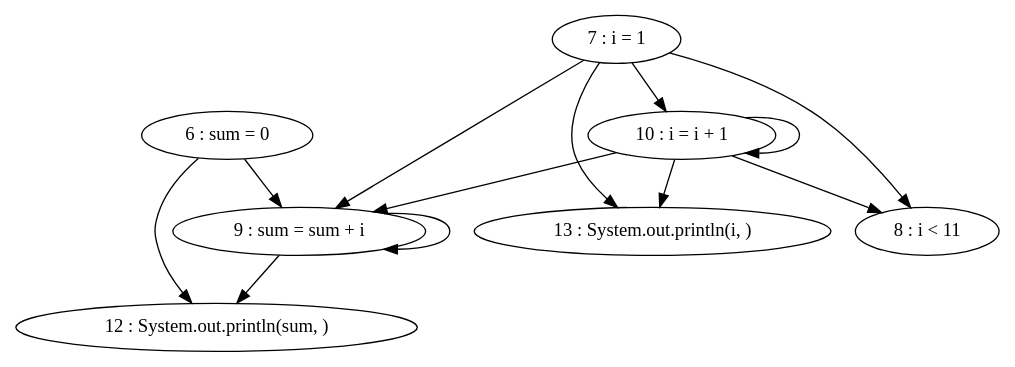
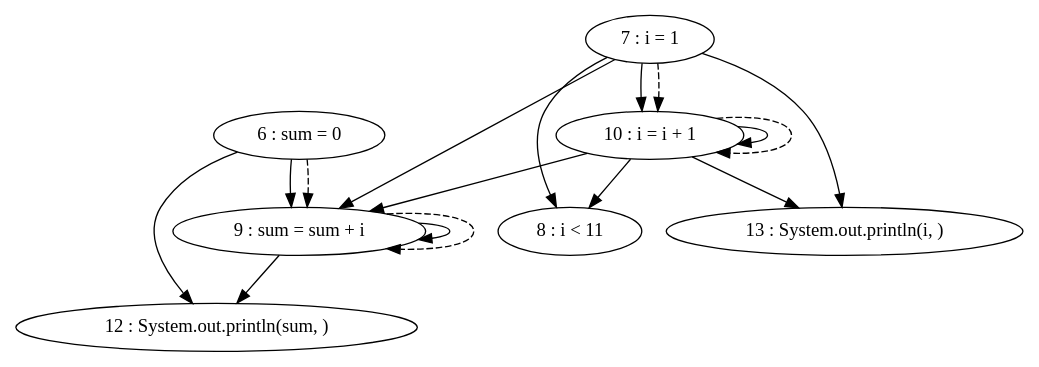
Before and after one commit to thomassimko/thesis-code-duplication: the diagram in pdg/source/PDGSample-print.gv, drawn with Graphviz. The commit also changed 61 other files, not shown here.

```diff
--- a/pdg/source/PDGSample-print.gv
+++ b/pdg/source/PDGSample-print.gv
@@ -1,22 +1,26 @@
 digraph G {
 "6 : sum = 0"
 "6 : sum = 0" -> "12 : System.out.println(sum, )"
 "6 : sum = 0" -> "9 : sum = sum + i"
+"6 : sum = 0" -> "9 : sum = sum + i" [style=dashed]
 "7 : i = 1"
 "7 : i = 1" -> "10 : i = i + 1"
+"7 : i = 1" -> "13 : System.out.println(i, )"
 "7 : i = 1" -> "8 : i < 11"
-"7 : i = 1" -> "13 : System.out.println(i, )"
 "7 : i = 1" -> "9 : sum = sum + i"
+"7 : i = 1" -> "10 : i = i + 1" [style=dashed]
 "8 : i < 11"
 "9 : sum = sum + i"
 "9 : sum = sum + i" -> "12 : System.out.println(sum, )"
 "9 : sum = sum + i" -> "9 : sum = sum + i"
+"9 : sum = sum + i" -> "9 : sum = sum + i" [style=dashed]
 "10 : i = i + 1"
 "10 : i = i + 1" -> "10 : i = i + 1"
-"10 : i = i + 1" -> "8 : i < 11"
 "10 : i = i + 1" -> "13 : System.out.println(i, )"
 "10 : i = i + 1" -> "9 : sum = sum + i"
+"10 : i = i + 1" -> "8 : i < 11"
+"10 : i = i + 1" -> "10 : i = i + 1" [style=dashed]
 "8 : i < 11"
 "12 : System.out.println(sum, )"
 "13 : System.out.println(i, )"
 }
```
